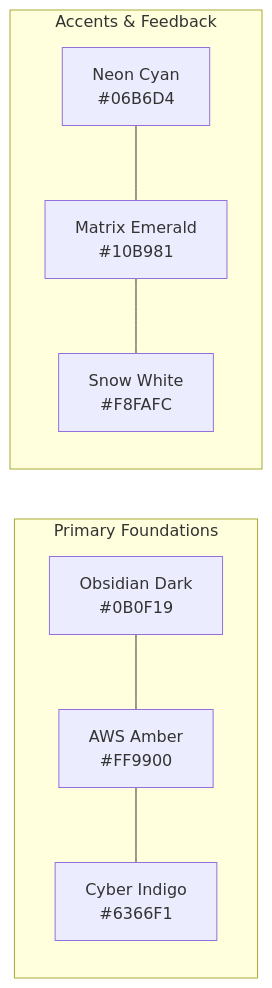
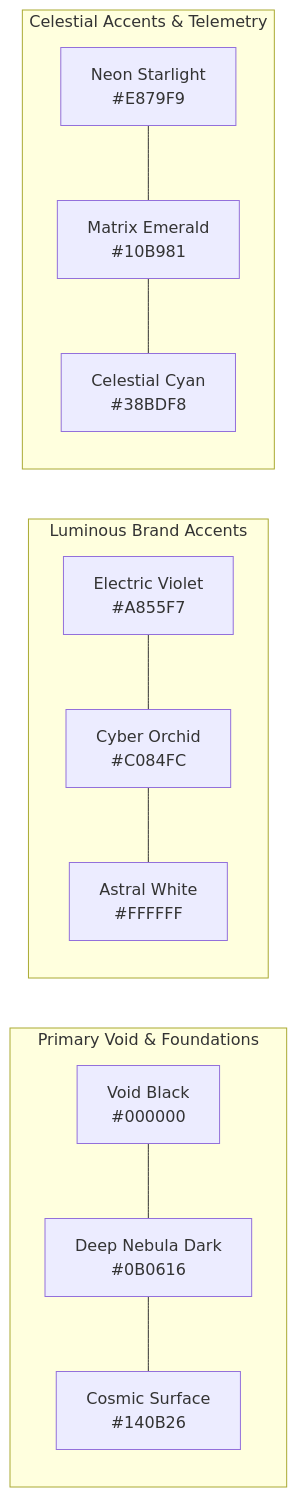
The diagram in docs/04_design_and_branding_guidelines.md (MasterZ1311/Kairos), drawn with Mermaid before and after one commit. The commit also changed other lines of this file and 67 other files, not shown here.

````diff
--- a/docs/04_design_and_branding_guidelines.md
+++ b/docs/04_design_and_branding_guidelines.md
@@ -22,11 +76,15 @@
 ```mermaid
 graph LR
-    subgraph Primary Foundations
-        C1[Obsidian Dark<br/>#0B0F19] --- C2[AWS Amber<br/>#FF9900]
-        C2 --- C3[Cyber Indigo<br/>#6366F1]
+    subgraph Primary Void & Foundations
+        V1[Void Black<br/>#000000] --- V2[Deep Nebula Dark<br/>#0B0616]
+        V2 --- V3[Cosmic Surface<br/>#140B26]
     end
-    subgraph Accents & Feedback
-        C4[Neon Cyan<br/>#06B6D4] --- C5[Matrix Emerald<br/>#10B981]
-        C5 --- C6[Snow White<br/>#F8FAFC]
+    subgraph Luminous Brand Accents
+        A1[Electric Violet<br/>#A855F7] --- A2[Cyber Orchid<br/>#C084FC]
+        A2 --- A3[Astral White<br/>#FFFFFF]
+    end
+    subgraph Celestial Accents & Telemetry
+        T1[Neon Starlight<br/>#E879F9] --- T2[Matrix Emerald<br/>#10B981]
+        T2 --- T3[Celestial Cyan<br/>#38BDF8]
     end
 ```
````
